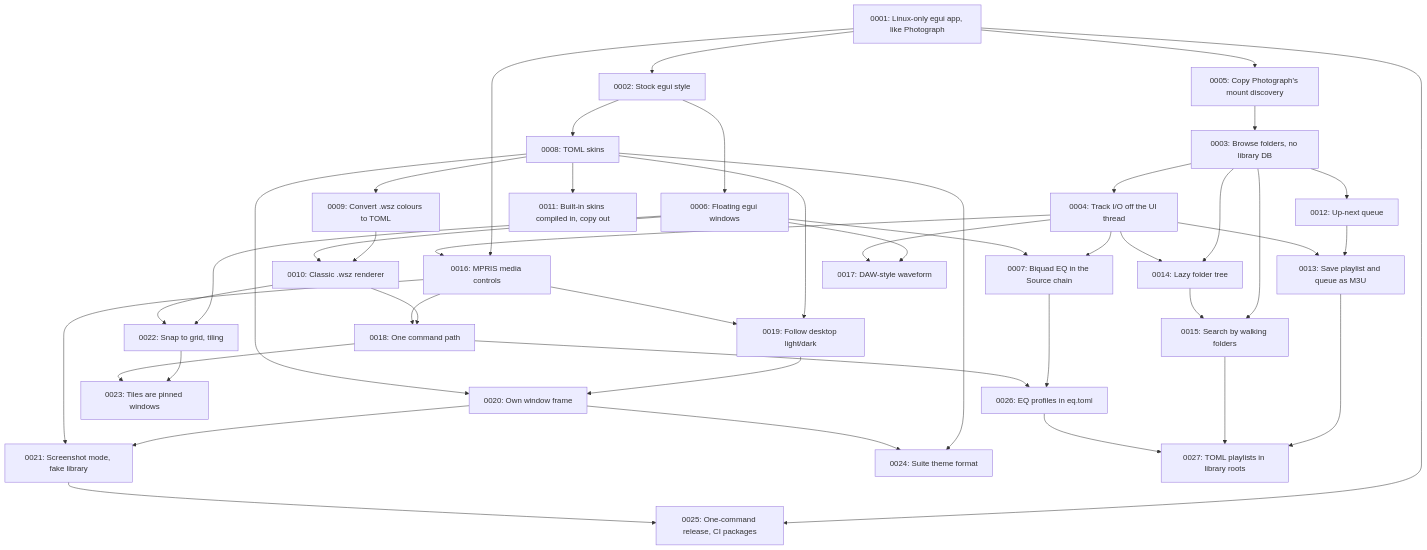
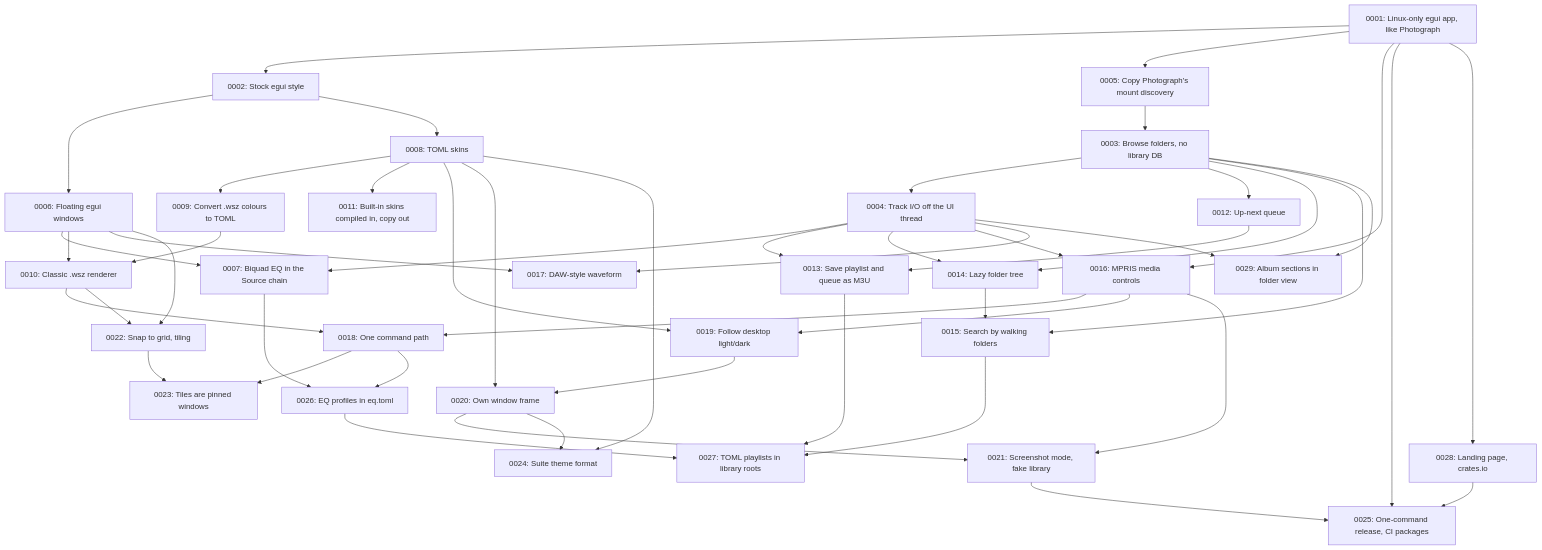
The diagram in docs/adr/README.md (divanvisagie/UnAmp), drawn with Mermaid before and after one commit. The commit also changed other lines of this file and 2 other files, not shown here.

Commit message:
Backfill ADR-0028 (landing page and crates.io) and ADR-0029 (album sections)

````diff
--- a/docs/adr/README.md
+++ b/docs/adr/README.md
@@ -73,47 +75,51 @@
 ```mermaid
 flowchart TD
     A[0001: Linux-only egui app, like Photograph] --> B[0002: Stock egui style]
     A --> E[0005: Copy Photograph's mount discovery]
     C[0003: Browse folders, no library DB] --> D[0004: Track I/O off the UI thread]
     E --> C
     B --> F[0006: Floating egui windows]
     D --> G[0007: Biquad EQ in the Source chain]
     F --> G
     B --> H[0008: TOML skins]
     H --> I[0009: Convert .wsz colours to TOML]
     I --> J[0010: Classic .wsz renderer]
     F --> J
     H --> K[0011: Built-in skins compiled in, copy out]
     C --> L[0012: Up-next queue]
     L --> M[0013: Save playlist and queue as M3U]
     D --> M
     C --> N[0014: Lazy folder tree]
     D --> N
     C --> O[0015: Search by walking folders]
     N --> O
     A --> P[0016: MPRIS media controls]
     D --> P
     F --> Q[0017: DAW-style waveform]
     D --> Q
     J --> R[0018: One command path]
     P --> R
     H --> S[0019: Follow desktop light/dark]
     P --> S
     S --> T[0020: Own window frame]
     H --> T
     T --> U[0021: Screenshot mode, fake library]
     P --> U
     F --> V[0022: Snap to grid, tiling]
     J --> V
     V --> W[0023: Tiles are pinned windows]
     R --> W
     H --> X[0024: Suite theme format]
     T --> X
     A --> Y[0025: One-command release, CI packages]
     U --> Y
     G --> Z[0026: EQ profiles in eq.toml]
     R --> Z
     M --> AA[0027: TOML playlists in library roots]
     O --> AA
     Z --> AA
+    A --> AB[0028: Landing page, crates.io]
+    AB --> Y
+    C --> AD[0029: Album sections in folder view]
+    D --> AD
 ```
````
